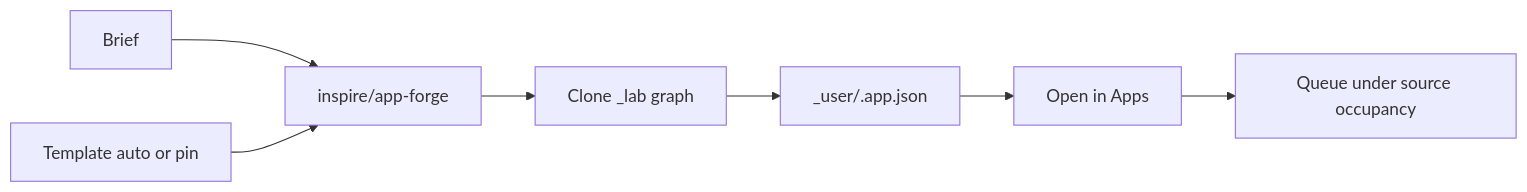
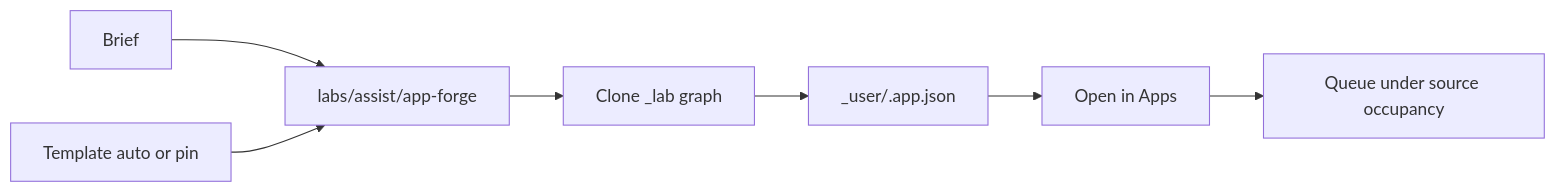
The diagram in docs/create/app-forge.md (toxicoder/ez-comfy-stack), drawn with Mermaid before and after one commit. The commit also changed other lines of this file and 1249 other files, not shown here.

````diff
--- a/docs/create/app-forge.md
+++ b/docs/create/app-forge.md
@@ -43,9 +43,9 @@
 ```mermaid
 flowchart LR
-  B["Brief"] --> F["inspire/app-forge"]
+  B["Brief"] --> F["labs/assist/app-forge"]
   T["Template auto or pin"] --> F
   F --> C["Clone _lab graph"]
   C --> U["_user/<slug>.app.json"]
   U --> A["Open in Apps"]
   A --> Q["Queue under source occupancy"]
 ```
````
